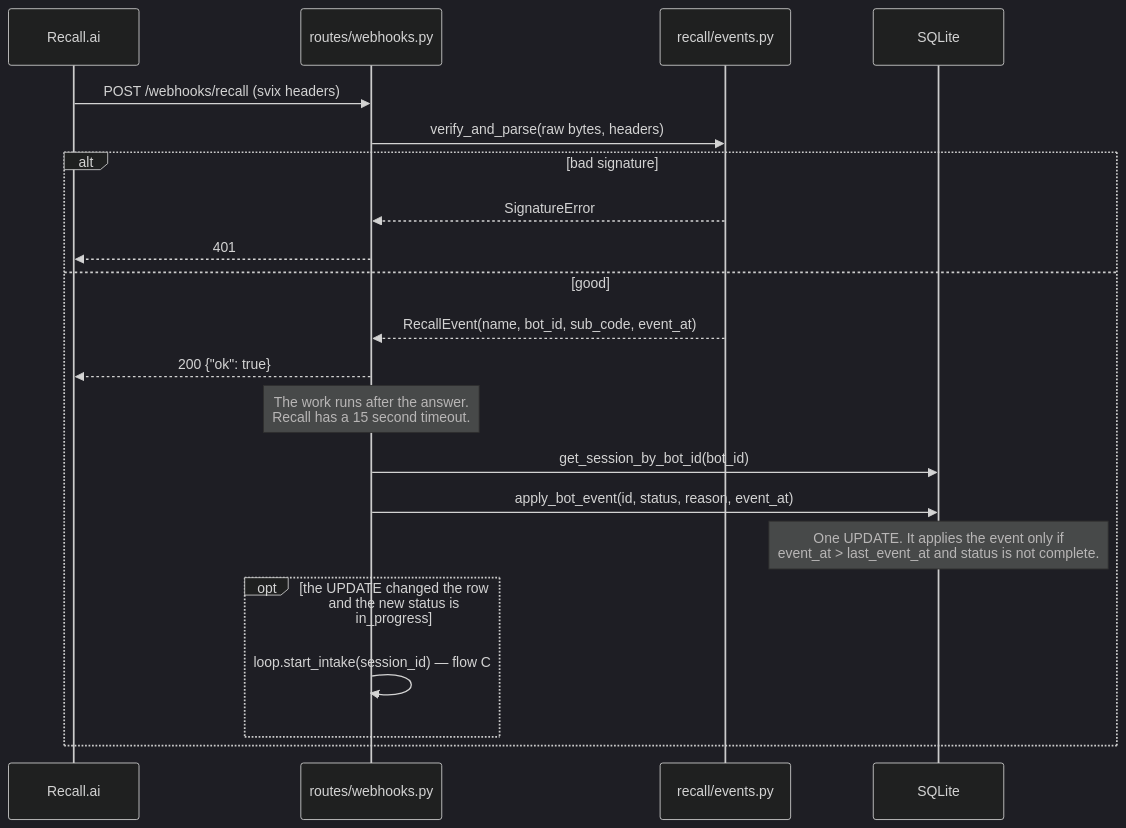
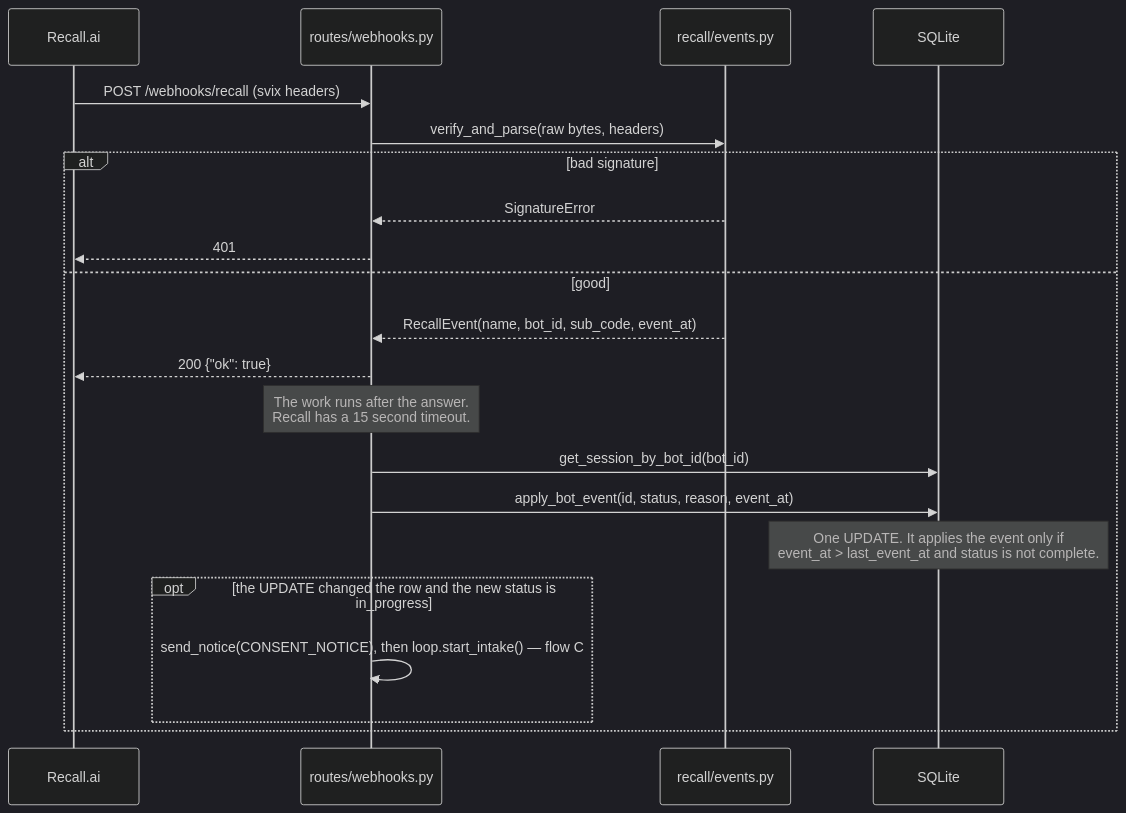
One commit to samneetsingh/recall-demo changed the third of 5 diagrams in docs/FLOW.md. Above: the diagram before and after it, drawn with Mermaid (dark theme). The commit also changed other lines of this file and 13 other files, not shown here.

First line of the commit message:
fix(backend): send the consent notice ourselves, before the first question

````diff
--- a/docs/FLOW.md
+++ b/docs/FLOW.md
@@ -152,24 +153,24 @@
 ```mermaid
 sequenceDiagram
     participant R as Recall.ai
     participant W as routes/webhooks.py
     participant E as recall/events.py
     participant DB as SQLite
 
     R->>W: POST /webhooks/recall (svix headers)
     W->>E: verify_and_parse(raw bytes, headers)
     alt bad signature
         E-->>W: SignatureError
         W-->>R: 401
     else good
         E-->>W: RecallEvent(name, bot_id, sub_code, event_at)
         W-->>R: 200 {"ok": true}
         Note over W: The work runs after the answer.<br/>Recall has a 15 second timeout.
         W->>DB: get_session_by_bot_id(bot_id)
         W->>DB: apply_bot_event(id, status, reason, event_at)
         Note over DB: One UPDATE. It applies the event only if<br/>event_at > last_event_at and status is not complete.
         opt the UPDATE changed the row and the new status is in_progress
-            W->>W: loop.start_intake(session_id) — flow C
+            W->>W: send_notice(CONSENT_NOTICE), then loop.start_intake() — flow C
         end
     end
 ```
````
